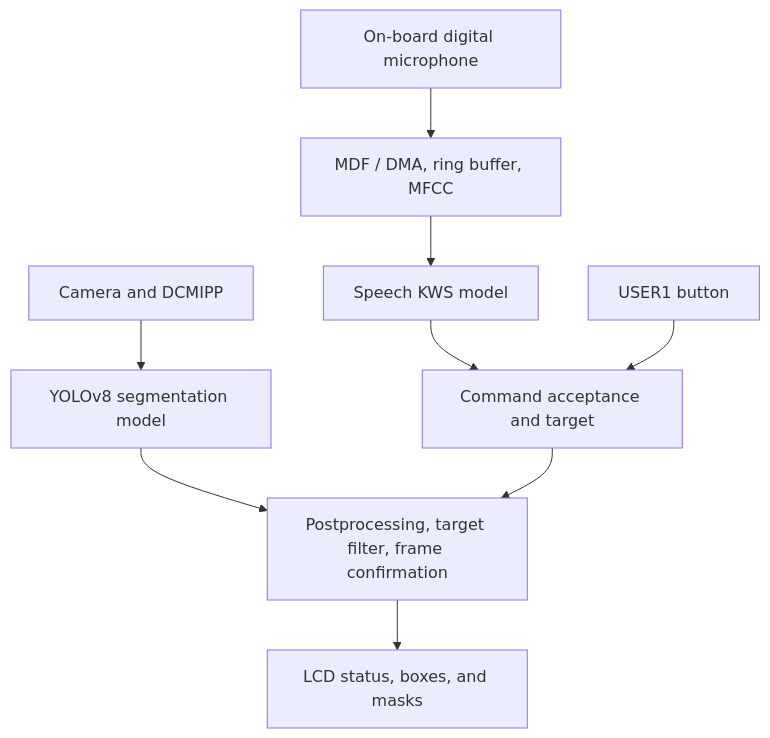
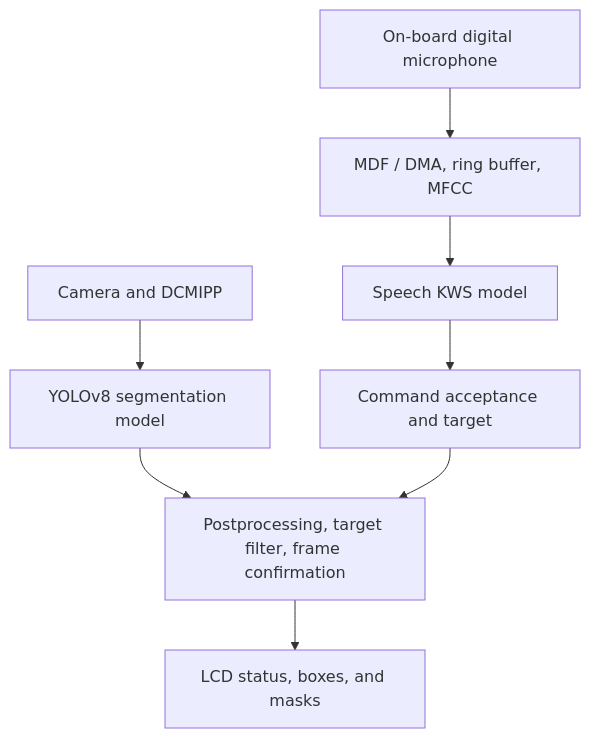
Before and after one commit to fan-gu-hao/stm32n6-voice-object-finder: the diagram in README.en.md, drawn with Mermaid. The commit also changed other lines of this file and 12 other files, not shown here.

````diff
--- a/README.en.md
+++ b/README.en.md
@@ -46,11 +48,10 @@
 ```mermaid
 flowchart TD
     MIC["On-board digital microphone"] --> AUDIO["MDF / DMA, ring buffer, MFCC"]
     AUDIO --> KWS["Speech KWS model"]
     KWS --> TARGET["Command acceptance and target"]
-    BUTTON["USER1 button"] --> TARGET
     CAM["Camera and DCMIPP"] --> YOLO["YOLOv8 segmentation model"]
     YOLO --> MATCH["Postprocessing, target filter, frame confirmation"]
     TARGET --> MATCH
     MATCH --> LCD["LCD status, boxes, and masks"]
 ```
````
